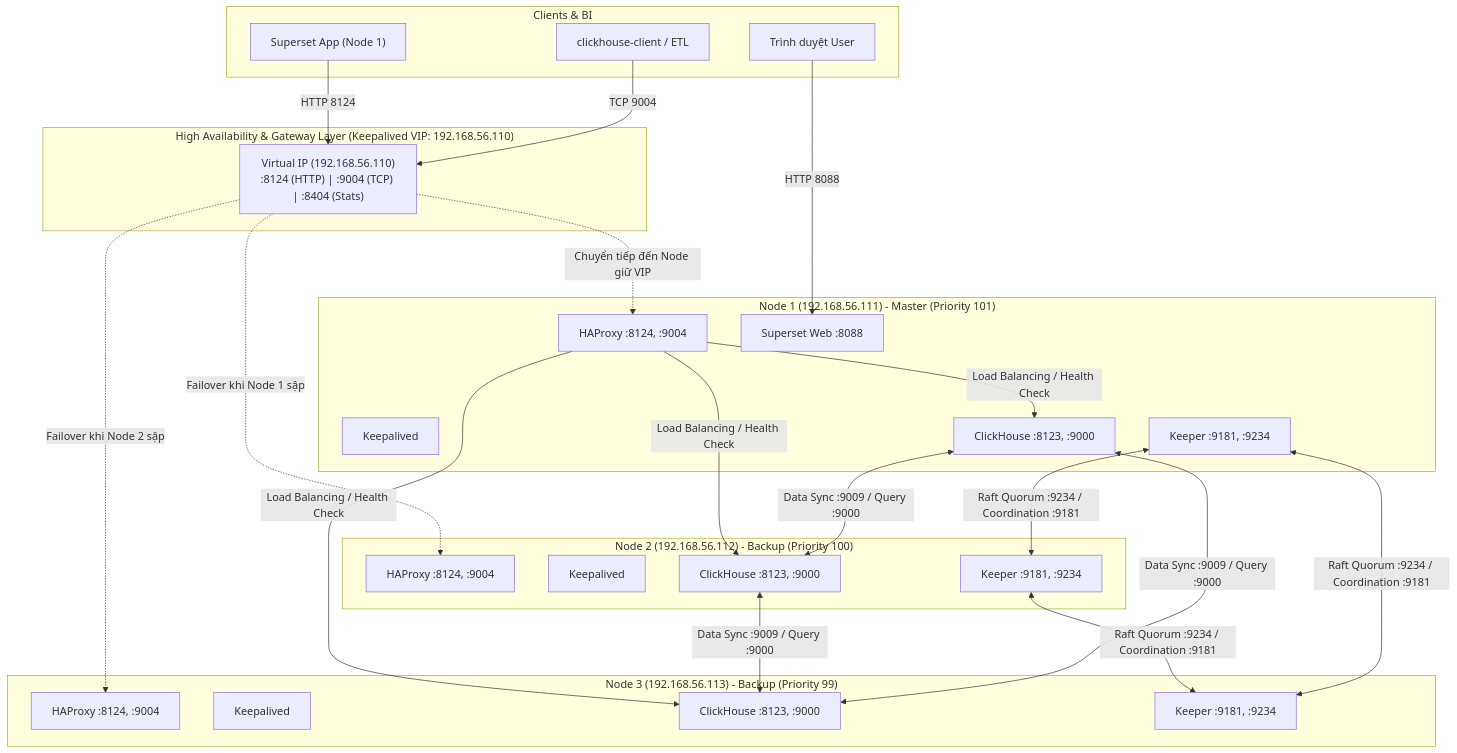
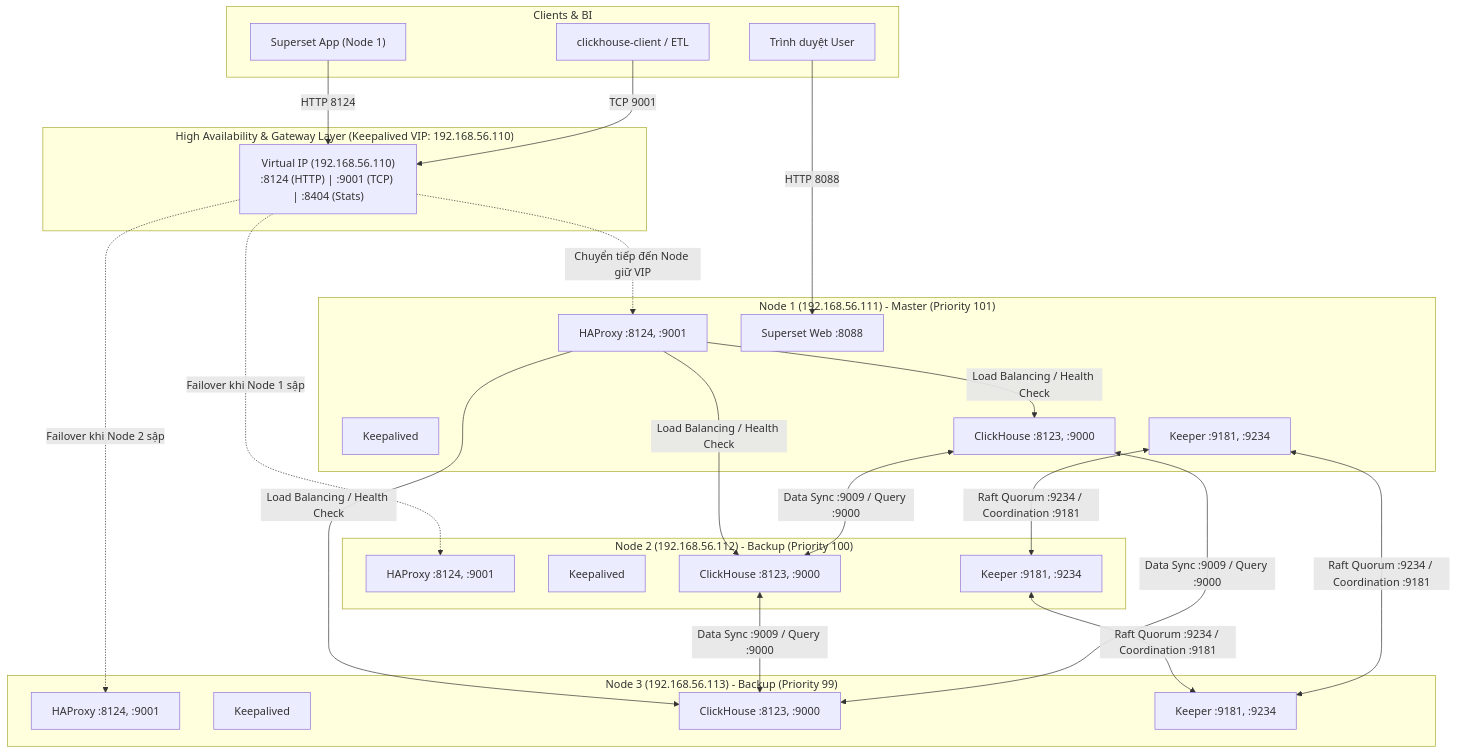
One commit to duyhustvn/devops changed the diagram in docker-images/datawarehouse/cluster-3nodes/README.md. Above: the diagram before and after it, drawn with Mermaid. The commit also changed other lines of this file and 3 other files, not shown here.

````diff
--- a/docker-images/datawarehouse/cluster-3nodes/README.md
+++ b/docker-images/datawarehouse/cluster-3nodes/README.md
@@ -90,55 +90,55 @@
 ```mermaid
 flowchart TD
     subgraph Clients ["Clients & BI"]
         Browser["Trình duyệt User"]
         SupersetApp["Superset App (Node 1)"]
         CLI["clickhouse-client / ETL"]
     end
 
     subgraph VIP_Layer ["High Availability & Gateway Layer (Keepalived VIP: 192.168.56.110)"]
-        VIP["Virtual IP (192.168.56.110)<br/>:8124 (HTTP) | :9004 (TCP) | :8404 (Stats)"]
+        VIP["Virtual IP (192.168.56.110)<br/>:8124 (HTTP) | :9001 (TCP) | :8404 (Stats)"]
     end
 
     subgraph N1 ["Node 1 (192.168.56.111) - Master (Priority 101)"]
-        HAP1["HAProxy :8124, :9004"]
+        HAP1["HAProxy :8124, :9001"]
         KP_V1["Keepalived"]
         CH1["ClickHouse :8123, :9000"]
         KEEPER1["Keeper :9181, :9234"]
         SS["Superset Web :8088"]
     end
 
     subgraph N2 ["Node 2 (192.168.56.112) - Backup (Priority 100)"]
-        HAP2["HAProxy :8124, :9004"]
+        HAP2["HAProxy :8124, :9001"]
         KP_V2["Keepalived"]
         CH2["ClickHouse :8123, :9000"]
         KEEPER2["Keeper :9181, :9234"]
     end
 
     subgraph N3 ["Node 3 (192.168.56.113) - Backup (Priority 99)"]
-        HAP3["HAProxy :8124, :9004"]
+        HAP3["HAProxy :8124, :9001"]
         KP_V3["Keepalived"]
         CH3["ClickHouse :8123, :9000"]
         KEEPER3["Keeper :9181, :9234"]
     end
 
     Browser -->|"HTTP 8088"| SS
     SupersetApp -->|"HTTP 8124"| VIP
-    CLI -->|"TCP 9004"| VIP
+    CLI -->|"TCP 9001"| VIP
 
     VIP -.->|"Chuyển tiếp đến Node giữ VIP"| HAP1
     VIP -.->|"Failover khi Node 1 sập"| HAP2
     VIP -.->|"Failover khi Node 2 sập"| HAP3
 
     HAP1 -->|"Load Balancing / Health Check"| CH1
     HAP1 -->|"Load Balancing / Health Check"| CH2
     HAP1 -->|"Load Balancing / Health Check"| CH3
 
     %% Raft & Data Sync
     CH1 <-->|"Data Sync :9009 / Query :9000"| CH2
     CH2 <-->|"Data Sync :9009 / Query :9000"| CH3
     CH3 <-->|"Data Sync :9009 / Query :9000"| CH1
 
     KEEPER1 <-->|"Raft Quorum :9234 / Coordination :9181"| KEEPER2
     KEEPER2 <-->|"Raft Quorum :9234 / Coordination :9181"| KEEPER3
     KEEPER3 <-->|"Raft Quorum :9234 / Coordination :9181"| KEEPER1
 ```
````
